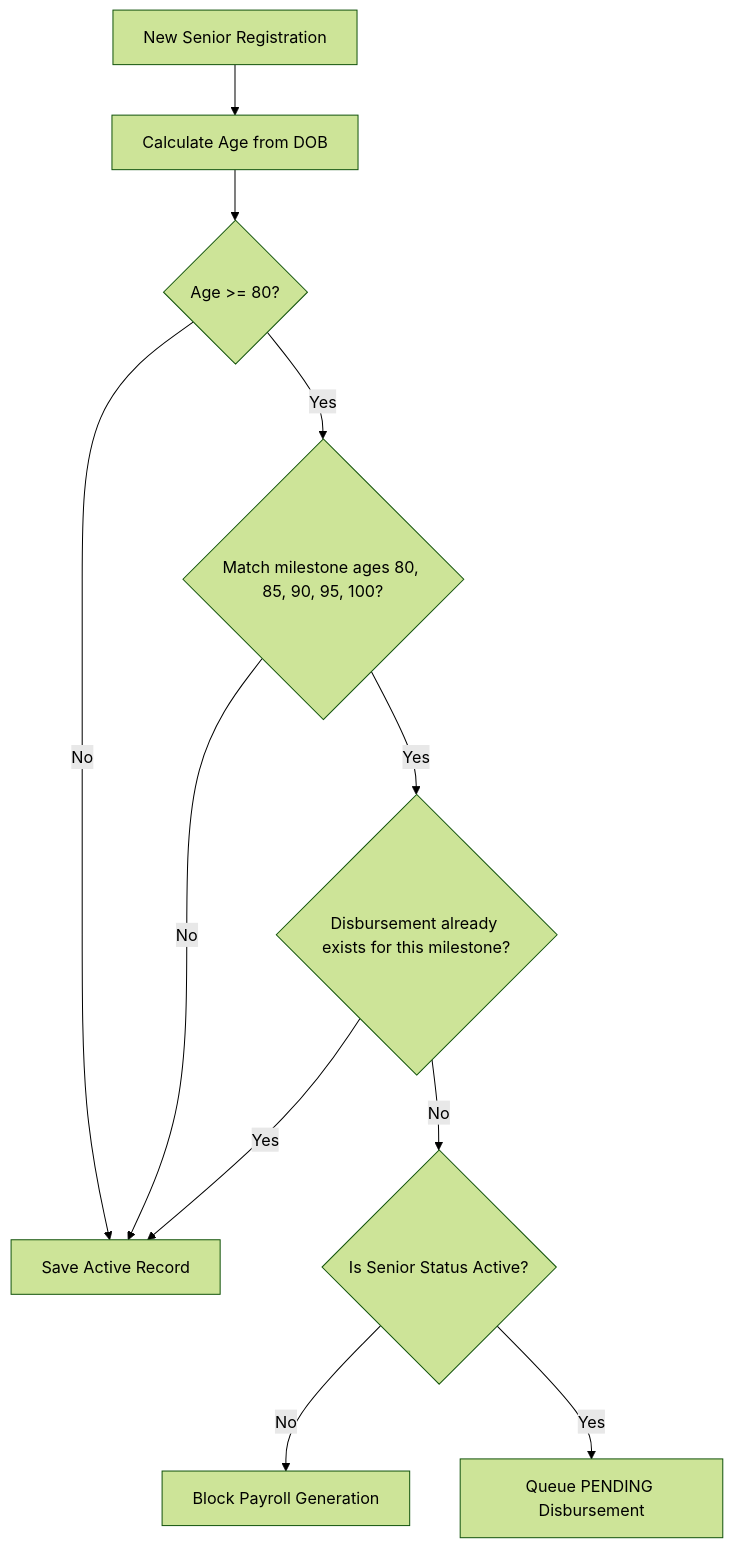
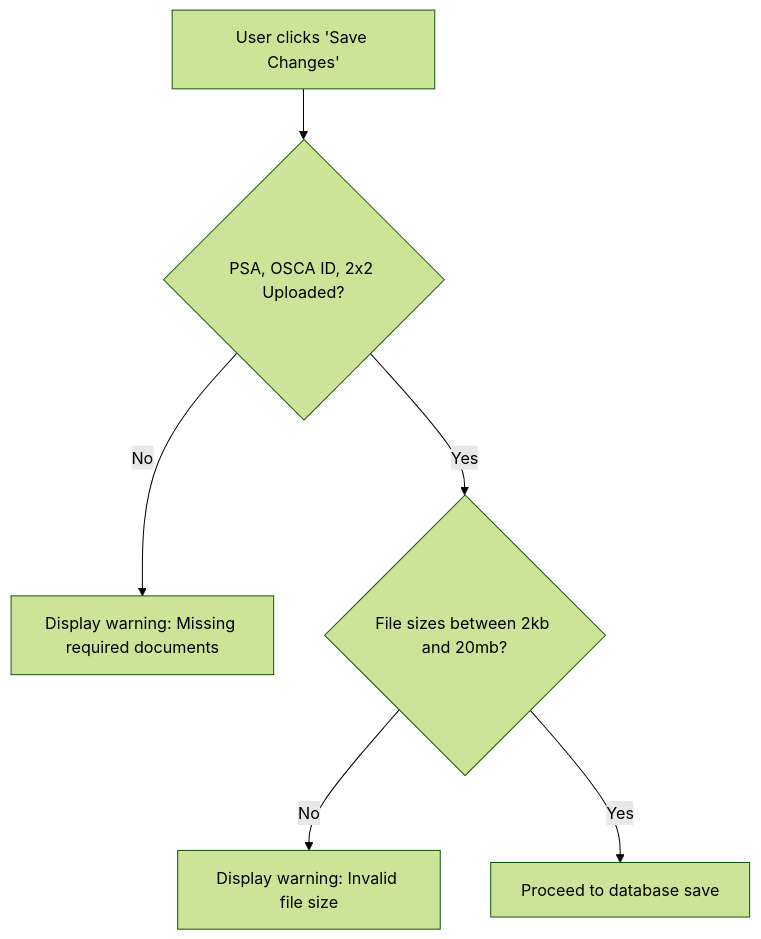
One commit to khiroez/CENTENARYO changed the fourth of 6 diagrams in CAPSTONE_CHAPTERS_1_3.md. Above: the diagram before and after it, drawn with Mermaid (forest theme). The commit also changed other lines of this file, not shown here.

Commit message:
Update capstone chapters 1 and 3 in documentation to match system implementations

````diff
--- a/CAPSTONE_CHAPTERS_1_3.md
+++ b/CAPSTONE_CHAPTERS_1_3.md
@@ -193,13 +202,8 @@
 ```mermaid
 graph TD
-    Start[New Senior Registration] --> AgeCalc[Calculate Age from DOB]
-    AgeCalc --> Check80{Age >= 80?}
-    Check80 -- No --> Normal[Save Active Record]
-    Check80 -- Yes --> Milestones{Match milestone ages 80, 85, 90, 95, 100?}
-    Milestones -- No --> Normal
-    Milestones -- Yes --> DupQuery{Disbursement already exists for this milestone?}
-    DupQuery -- Yes --> Normal
-    DupQuery -- No --> StatusCheck{Is Senior Status Active?}
-    StatusCheck -- No --> Block[Block Payroll Generation]
-    StatusCheck -- Yes --> Queue[Queue PENDING Disbursement]
+    A[User clicks 'Save Changes'] --> B{PSA, OSCA ID, 2x2 Uploaded?}
+    B -- No --> C[Display warning: Missing required documents]
+    B -- Yes --> D{File sizes between 2kb and 20mb?}
+    D -- No --> E[Display warning: Invalid file size]
+    D -- Yes --> F[Proceed to database save]
 ```
````
